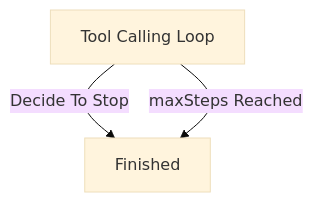
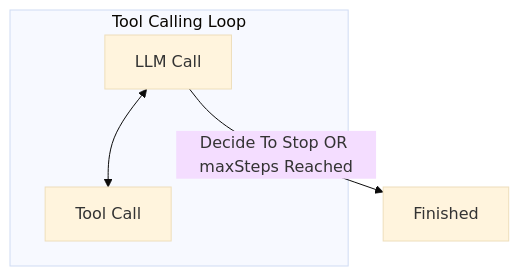
The third of 3 diagrams in courses/08-first-cohort-course/05-day-4/01-the-problems-with-our-system/article.md (zxkevinxz/ai-hero), drawn with Mermaid (base theme) before and after one commit. The commit also changed other lines of this file, not shown here.

````diff
--- a/courses/08-first-cohort-course/05-day-4/01-the-problems-with-our-system/article.md
+++ b/courses/08-first-cohort-course/05-day-4/01-the-problems-with-our-system/article.md
@@ -44,6 +48,7 @@
 ```mermaid
 flowchart
-  A[Tool Calling Loop]
-  A -- Decide To Stop --> C[Finished]
-  A -- maxSteps Reached--> C
+  subgraph Tool Calling Loop
+    A[LLM Call] <--> B[Tool Call]
+  end
+  A -- Decide To Stop OR maxSteps Reached --> C[Finished]
 ```
````
